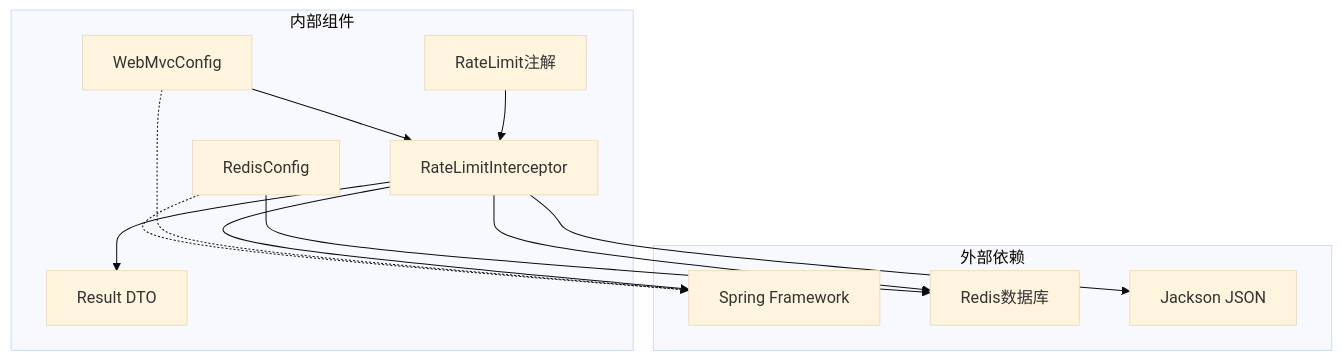
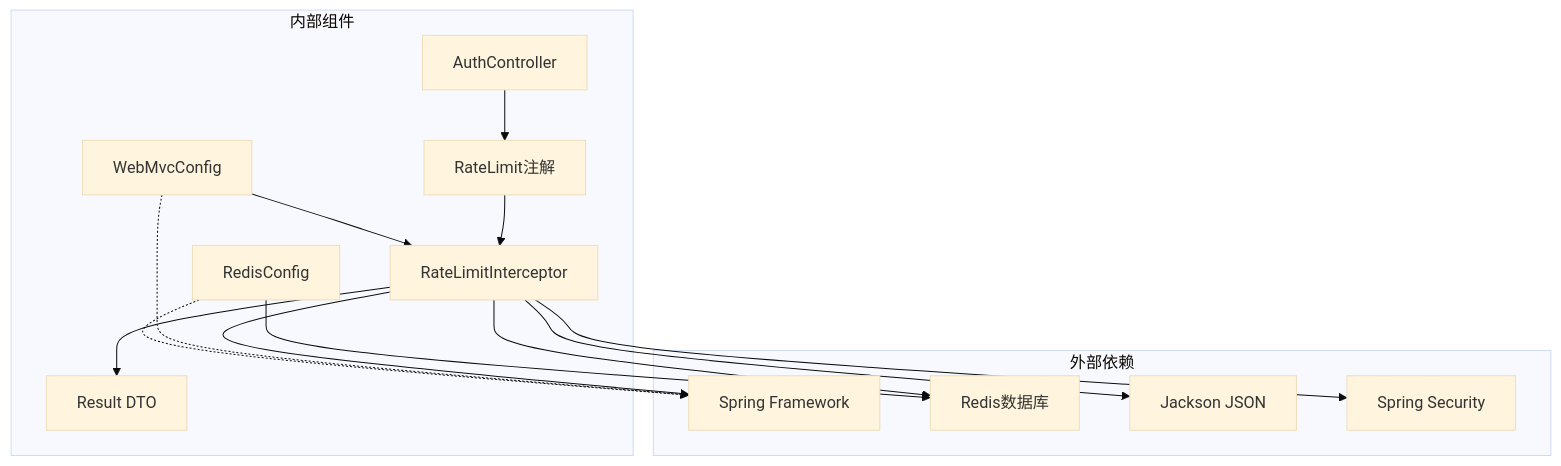
One commit to PersonNoName/FreeTrader changed the fifth of 5 diagrams in .qoder/repowiki/zh/content/缓存与性能优化/速率限制系统.md. Above: the diagram before and after it, drawn with Mermaid (base theme). The commit also changed other lines of this file and 10 other files, not shown here.

````diff
--- a/.qoder/repowiki/zh/content/缓存与性能优化/速率限制系统.md
+++ b/.qoder/repowiki/zh/content/缓存与性能优化/速率限制系统.md
@@ -247,24 +276,28 @@
 ```mermaid
 graph TB
 subgraph "外部依赖"
 SPRING[Spring Framework]
 REDIS[Redis数据库]
 JACKSON[Jackson JSON]
+SECURITY[Spring Security]
 end
 subgraph "内部组件"
 RL[RateLimit注解]
 RLI[RateLimitInterceptor]
 WMC[WebMvcConfig]
 RC[RedisConfig]
 DTO[Result DTO]
+AC[AuthController]
 end
 RL --> RLI
 RLI --> SPRING
 RLI --> REDIS
 RLI --> JACKSON
+RLI --> SECURITY
 WMC --> RLI
 RC --> REDIS
 RLI --> DTO
 WMC -.-> SPRING
 RC -.-> SPRING
+AC --> RL
 ```
````
